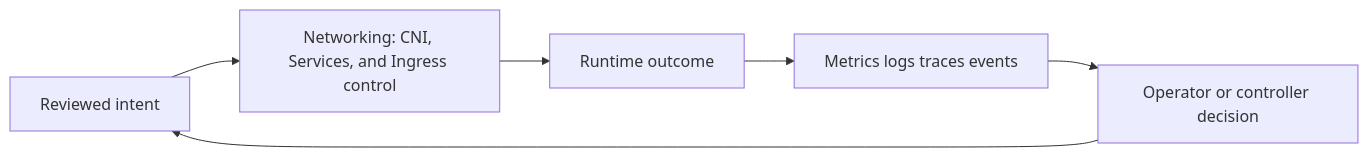
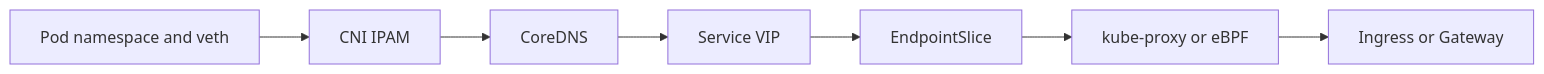
Before and after one commit to m1mohamad/devops-sre-prep: the diagram in docs/study/kubernetes/05-networking-cni-services-ingress.md, drawn with Mermaid. The commit also changed other lines of this file and 61 other files, not shown here.

Commit message:
Replace generic architecture and study templates

````diff
--- a/docs/study/kubernetes/05-networking-cni-services-ingress.md
+++ b/docs/study/kubernetes/05-networking-cni-services-ingress.md
@@ -20,8 +15,4 @@
 ```mermaid
 flowchart LR
-  Intent[Reviewed intent] --> Control[Networking: CNI, Services, and Ingress control]
-  Control --> Runtime[Runtime outcome]
-  Runtime --> Signals[Metrics logs traces events]
-  Signals --> Decision[Operator or controller decision]
-  Decision --> Intent
+  N0[Pod namespace and veth] --> N1[CNI IPAM] --> N2[CoreDNS] --> N3[Service VIP] --> N4[EndpointSlice] --> N5[kube-proxy or eBPF] --> N6[Ingress or Gateway]
 ```
````
